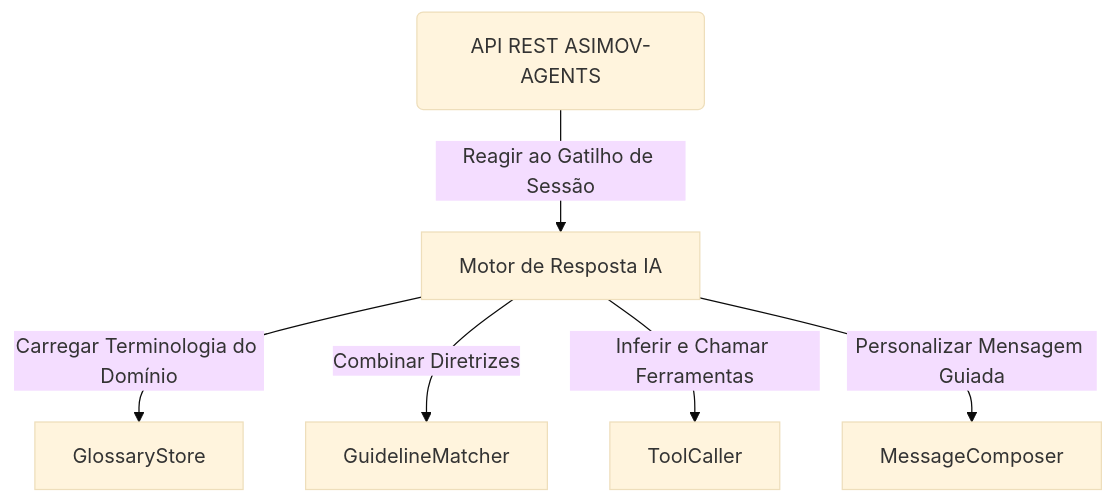
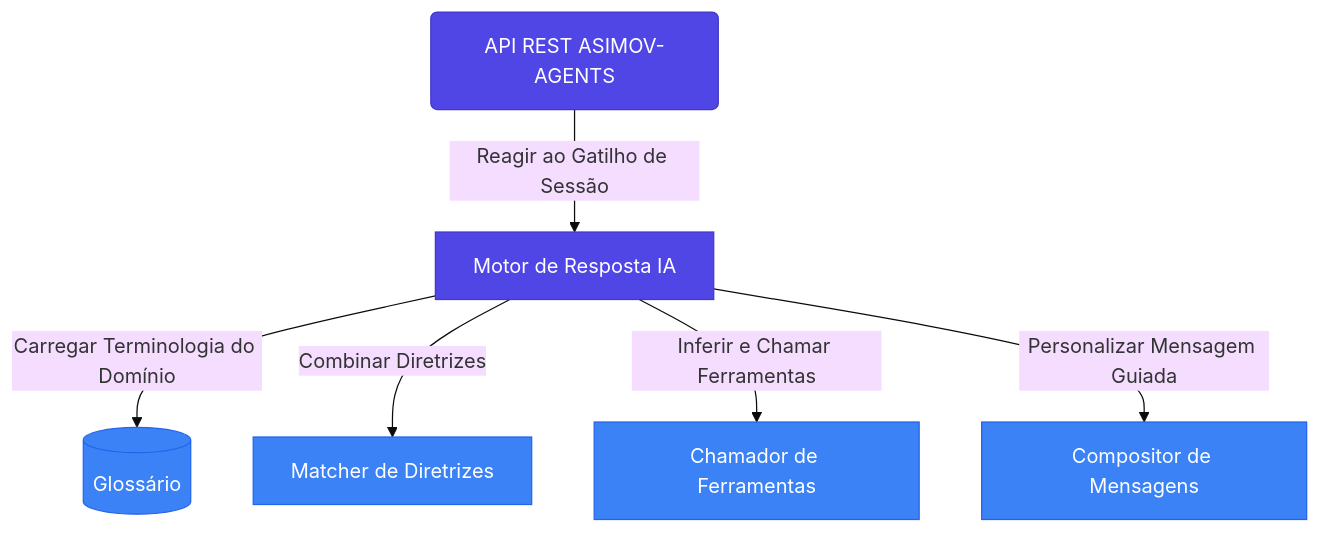
One commit to dougdotcon/Daneel changed the diagram in README.md. Above: the diagram before and after it, drawn with Mermaid (base theme). The commit also changed other lines of this file, not shown here.

````diff
--- a/README.md
+++ b/README.md
@@ -60,8 +75,14 @@
 ```mermaid
 graph TD
     API(API REST ASIMOV-AGENTS) -->|Reagir ao Gatilho de Sessão| Engine[Motor de Resposta IA]
-    Engine -->|Carregar Terminologia do Domínio| GlossaryStore
-    Engine -->|Combinar Diretrizes| GuidelineMatcher
-    Engine -->|Inferir e Chamar Ferramentas| ToolCaller
-    Engine -->|Personalizar Mensagem Guiada| MessageComposer
+    Engine -->|Carregar Terminologia do Domínio| GlossaryStore[(Glossário)]
+    Engine -->|Combinar Diretrizes| GuidelineMatcher[Matcher de Diretrizes]
+    Engine -->|Inferir e Chamar Ferramentas| ToolCaller[Chamador de Ferramentas]
+    Engine -->|Personalizar Mensagem Guiada| MessageComposer[Compositor de Mensagens]
+    
+    classDef primary fill:#4f46e5,stroke:#4338ca,color:white;
+    classDef secondary fill:#3b82f6,stroke:#2563eb,color:white;
+    
+    class API,Engine primary;
+    class GlossaryStore,GuidelineMatcher,ToolCaller,MessageComposer secondary;
 ```
````
